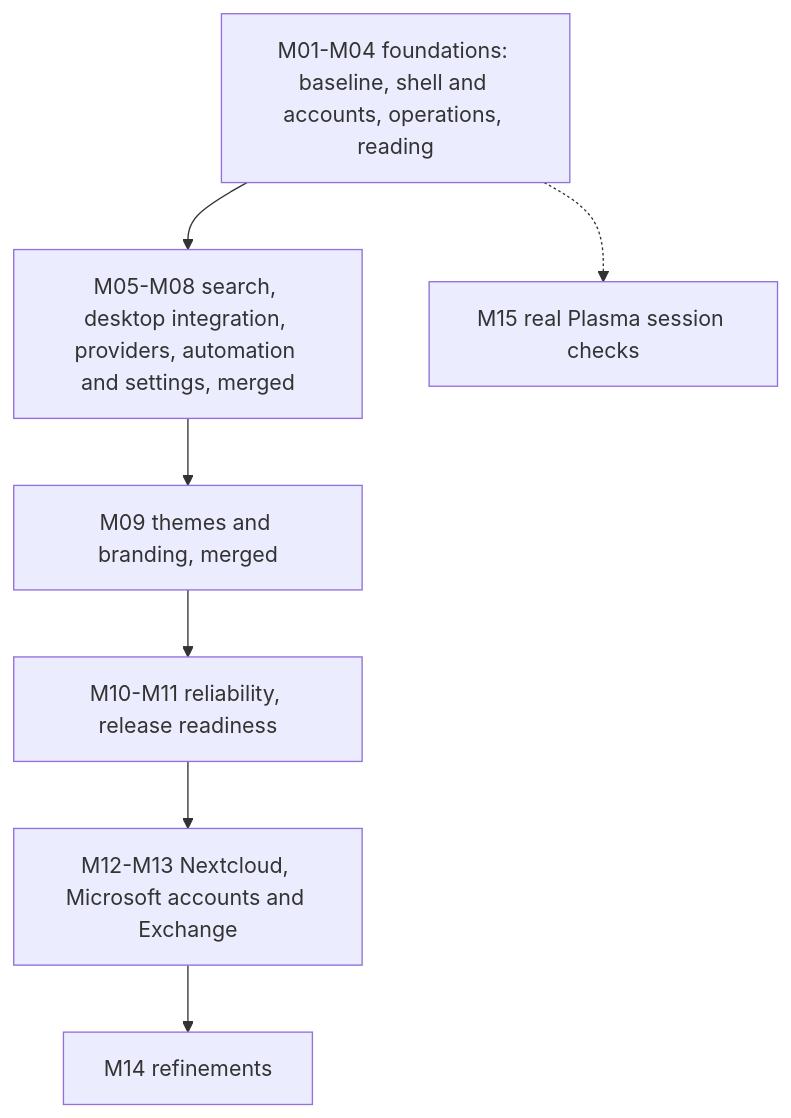
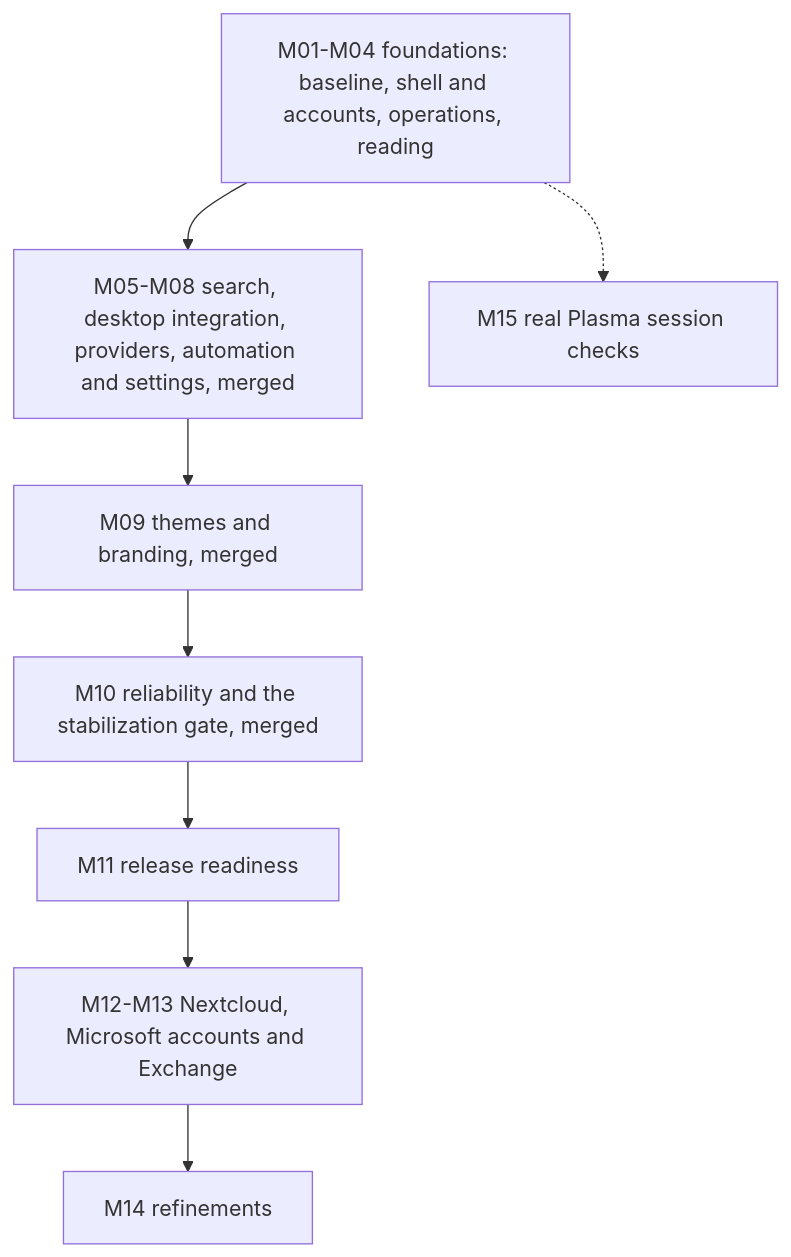
The diagram in README.md (mikepadiernos/plasma-impresario), drawn with Mermaid before and after one commit. The commit also changed other lines of this file and 2 other files, not shown here.

First line of the commit message:
docs: record M10 as merged with its caveats, outbox and stabilization gate

````diff
--- a/README.md
+++ b/README.md
@@ -795,9 +844,10 @@
 ```mermaid
 flowchart TD
     A[M01-M04 foundations: baseline, shell and accounts, operations, reading] --> B[M05-M08 search, desktop integration, providers, automation and settings, merged]
     B --> C[M09 themes and branding, merged]
-    C --> D[M10-M11 reliability, release readiness]
-    D --> E[M12-M13 Nextcloud, Microsoft accounts and Exchange]
+    C --> D[M10 reliability and the stabilization gate, merged]
+    D --> H[M11 release readiness]
+    H --> E[M12-M13 Nextcloud, Microsoft accounts and Exchange]
     E --> F[M14 refinements]
     A -.-> G[M15 real Plasma session checks]
 ```
````
